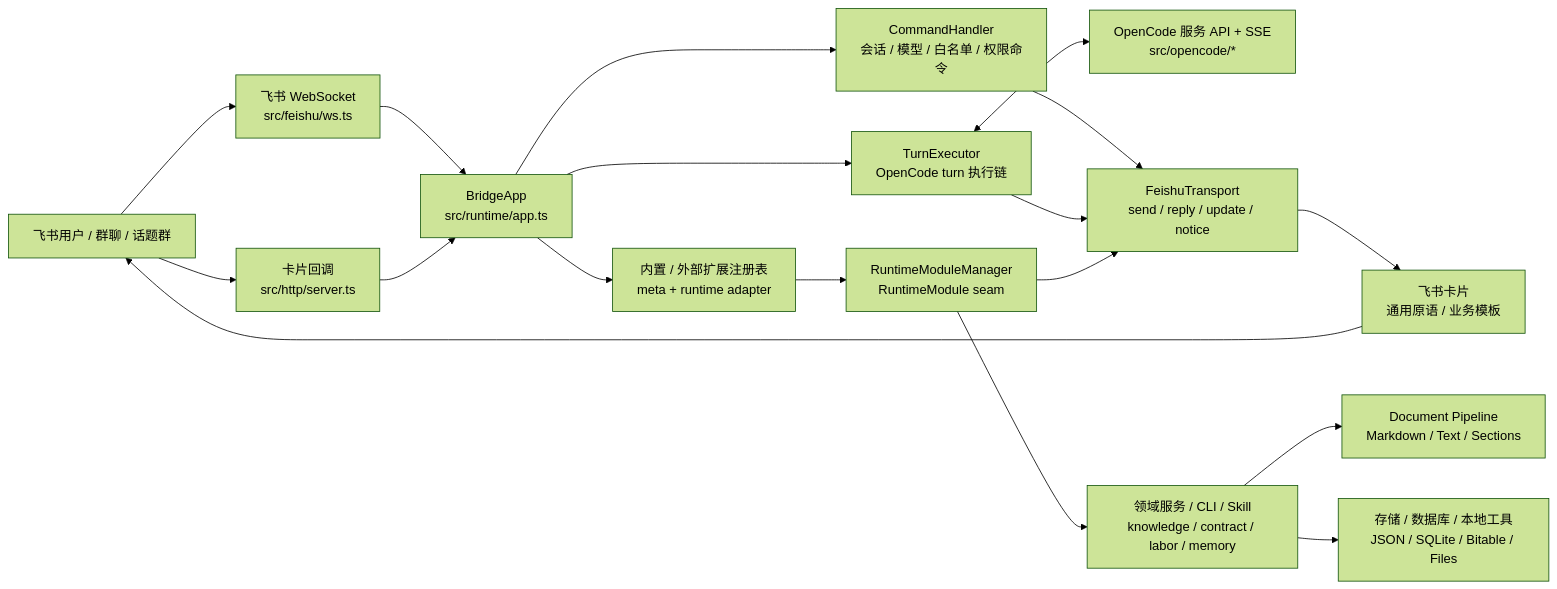
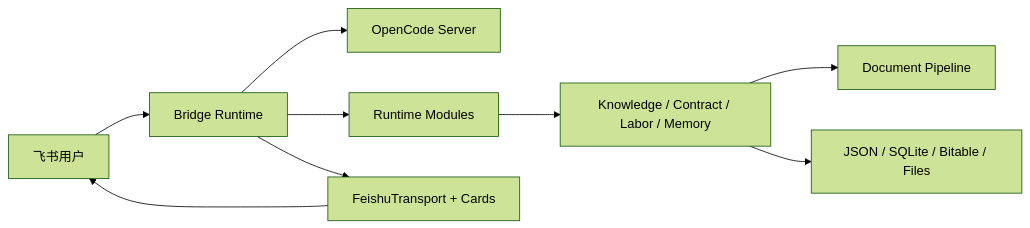
Before and after one commit to Clukay-Fun/feishu-opencode-bridge: the diagram in README.md, drawn with Mermaid (forest theme). The commit also changed other lines of this file and 23 other files, not shown here.

````diff
--- a/README.md
+++ b/README.md
@@ -114,24 +105,11 @@
 ```mermaid
 flowchart LR
-    user["飞书用户 / 群聊 / 话题群"] --> ws["飞书 WebSocket<br/>src/feishu/ws.ts"]
-    user --> callback["卡片回调<br/>src/http/server.ts"]
-
-    ws --> app["BridgeApp<br/>src/runtime/app.ts"]
-    callback --> app
-
-    app --> command["CommandHandler<br/>会话 / 模型 / 白名单 / 权限命令"]
-    app --> executor["TurnExecutor<br/>OpenCode turn 执行链"]
-    app --> extensions["内置 / 外部扩展注册表<br/>meta + runtime adapter"]
-    extensions --> modules["RuntimeModuleManager<br/>RuntimeModule seam"]
-
-    executor <--> opencode["OpenCode 服务 API + SSE<br/>src/opencode/*"]
-    modules --> services["领域服务 / CLI / Skill<br/>knowledge / contract / labor / memory"]
-    services --> pipeline["Document Pipeline<br/>Markdown / Text / Sections"]
-    services --> stores["存储 / 数据库 / 本地工具<br/>JSON / SQLite / Bitable / Files"]
-
-    command --> transport["FeishuTransport<br/>send / reply / update / notice"]
-    executor --> transport
-    modules --> transport
-    transport --> cards["飞书卡片<br/>通用原语 / 业务模板"]
-    cards --> user
+    user["飞书用户"] --> bridge["Bridge Runtime"]
+    bridge --> opencode["OpenCode Server"]
+    bridge --> modules["Runtime Modules"]
+    modules --> services["Knowledge / Contract / Labor / Memory"]
+    services --> pipeline["Document Pipeline"]
+    services --> stores["JSON / SQLite / Bitable / Files"]
+    bridge --> feishu["FeishuTransport + Cards"]
+    feishu --> user
 ```
````
